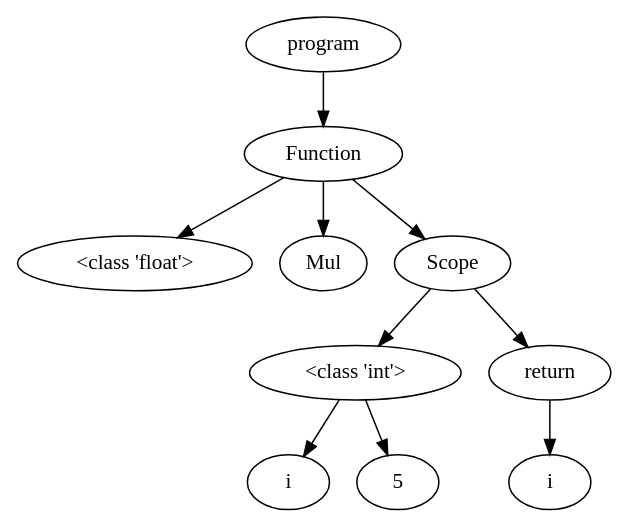
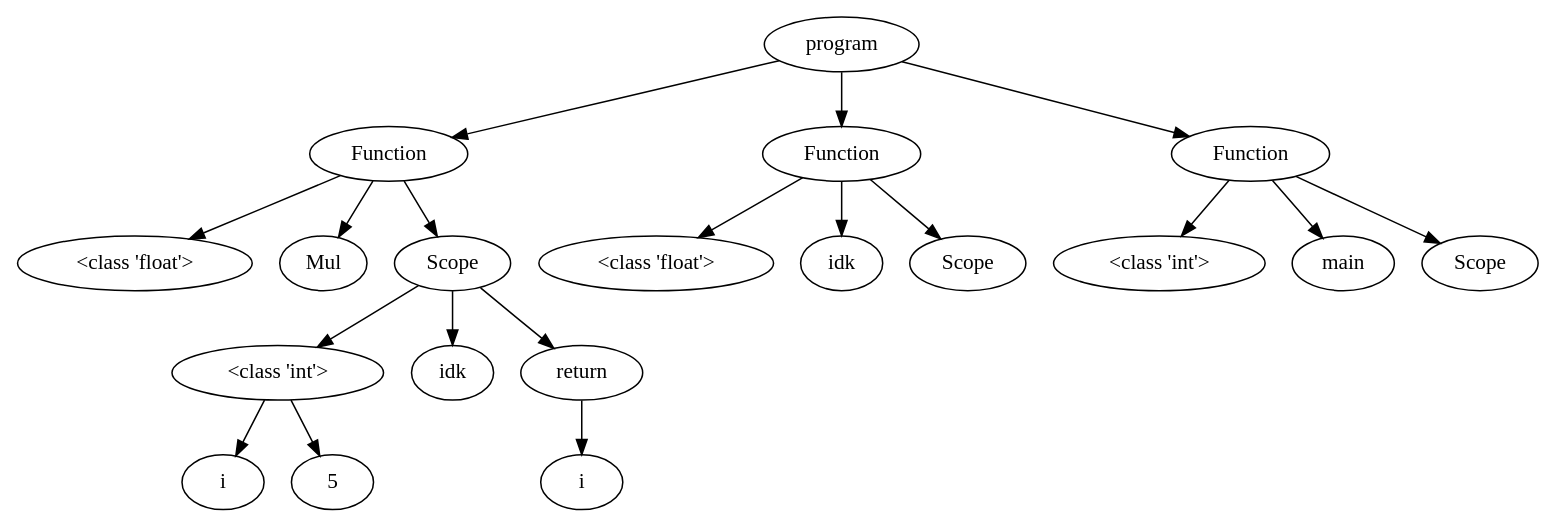
One commit to NielsVandenBroeck/COMP_Compiler changed the diagram in OutputFiles/dotVisualization.dot. Above: the diagram before and after it, drawn with Graphviz. The commit also changed 2 other files, not shown here.

Commit message:
redefinition of function + main function moet aanwezig zijn.

```diff
--- a/OutputFiles/dotVisualization.dot
+++ b/OutputFiles/dotVisualization.dot
@@ -1,25 +1,45 @@
 digraph G { 
-"<AST.AST object at 0x00000217DC99F850> (0)"[label="program"]
-"<AST.ASTFunction object at 0x00000217DC99F9D0> (1)"[label="Function"]
-"<AST.AST object at 0x00000217DC99F850> (0)"->"<AST.ASTFunction object at 0x00000217DC99F9D0> (1)"
-"<AST.ASTFunction object at 0x00000217DC99F9D0> (1)"[label="Function"]
-"<AST.ASTDataType object at 0x00000217DC99F7C0> (2)"[label="<class 'float'>"]
-"<AST.ASTFunction object at 0x00000217DC99F9D0> (1)"->"<AST.ASTDataType object at 0x00000217DC99F7C0> (2)"
-"<AST.ASTFunctionName object at 0x00000217DC99F2E0> (2)"[label="Mul"]
-"<AST.ASTFunction object at 0x00000217DC99F9D0> (1)"->"<AST.ASTFunctionName object at 0x00000217DC99F2E0> (2)"
-"<AST.ASTScope object at 0x00000217DC99F130> (2)"[label="Scope"]
-"<AST.ASTFunction object at 0x00000217DC99F9D0> (1)"->"<AST.ASTScope object at 0x00000217DC99F130> (2)"
-"<AST.ASTScope object at 0x00000217DC99F130> (2)"[label="Scope"]
-"<AST.ASTDataType object at 0x00000217DC99FC10> (3)"[label="<class 'int'>"]
-"<AST.ASTScope object at 0x00000217DC99F130> (2)"->"<AST.ASTDataType object at 0x00000217DC99FC10> (3)"
-"<AST.ASTDataType object at 0x00000217DC99FC10> (3)"[label="<class 'int'>"]
-"<AST.ASTVariable object at 0x00000217DC99F400> (4)"[label="i"]
-"<AST.ASTDataType object at 0x00000217DC99FC10> (3)"->"<AST.ASTVariable object at 0x00000217DC99F400> (4)"
-"<AST.AST object at 0x00000217DC99F250> (4)"[label="5"]
-"<AST.ASTDataType object at 0x00000217DC99FC10> (3)"->"<AST.AST object at 0x00000217DC99F250> (4)"
-"<AST.ASTReturn object at 0x00000217DC99F640> (3)"[label="return"]
-"<AST.ASTScope object at 0x00000217DC99F130> (2)"->"<AST.ASTReturn object at 0x00000217DC99F640> (3)"
-"<AST.ASTReturn object at 0x00000217DC99F640> (3)"[label="return"]
-"<AST.ASTVariable object at 0x00000217DC99F670> (4)"[label="i"]
-"<AST.ASTReturn object at 0x00000217DC99F640> (3)"->"<AST.ASTVariable object at 0x00000217DC99F670> (4)"
+"<AST.AST object at 0x000001BD771F56A0> (0)"[label="program"]
+"<AST.ASTFunction object at 0x000001BD771F5430> (1)"[label="Function"]
+"<AST.AST object at 0x000001BD771F56A0> (0)"->"<AST.ASTFunction object at 0x000001BD771F5430> (1)"
+"<AST.ASTFunction object at 0x000001BD771F5430> (1)"[label="Function"]
+"<AST.ASTDataType object at 0x000001BD771F5A90> (2)"[label="<class 'float'>"]
+"<AST.ASTFunction object at 0x000001BD771F5430> (1)"->"<AST.ASTDataType object at 0x000001BD771F5A90> (2)"
+"<AST.ASTFunctionName object at 0x000001BD771F54F0> (2)"[label="Mul"]
+"<AST.ASTFunction object at 0x000001BD771F5430> (1)"->"<AST.ASTFunctionName object at 0x000001BD771F54F0> (2)"
+"<AST.ASTScope object at 0x000001BD771F54C0> (2)"[label="Scope"]
+"<AST.ASTFunction object at 0x000001BD771F5430> (1)"->"<AST.ASTScope object at 0x000001BD771F54C0> (2)"
+"<AST.ASTScope object at 0x000001BD771F54C0> (2)"[label="Scope"]
+"<AST.ASTDataType object at 0x000001BD771F5760> (3)"[label="<class 'int'>"]
+"<AST.ASTScope object at 0x000001BD771F54C0> (2)"->"<AST.ASTDataType object at 0x000001BD771F5760> (3)"
+"<AST.ASTDataType object at 0x000001BD771F5760> (3)"[label="<class 'int'>"]
+"<AST.ASTVariable object at 0x000001BD771F59A0> (4)"[label="i"]
+"<AST.ASTDataType object at 0x000001BD771F5760> (3)"->"<AST.ASTVariable object at 0x000001BD771F59A0> (4)"
+"<AST.AST object at 0x000001BD771F5520> (4)"[label="5"]
+"<AST.ASTDataType object at 0x000001BD771F5760> (3)"->"<AST.AST object at 0x000001BD771F5520> (4)"
+"<AST.ASTFunctionName object at 0x000001BD771F5340> (3)"[label="idk"]
+"<AST.ASTScope object at 0x000001BD771F54C0> (2)"->"<AST.ASTFunctionName object at 0x000001BD771F5340> (3)"
+"<AST.ASTReturn object at 0x000001BD771F5460> (3)"[label="return"]
+"<AST.ASTScope object at 0x000001BD771F54C0> (2)"->"<AST.ASTReturn object at 0x000001BD771F5460> (3)"
+"<AST.ASTReturn object at 0x000001BD771F5460> (3)"[label="return"]
+"<AST.ASTVariable object at 0x000001BD771F5820> (4)"[label="i"]
+"<AST.ASTReturn object at 0x000001BD771F5460> (3)"->"<AST.ASTVariable object at 0x000001BD771F5820> (4)"
+"<AST.ASTFunction object at 0x000001BD771F5040> (1)"[label="Function"]
+"<AST.AST object at 0x000001BD771F56A0> (0)"->"<AST.ASTFunction object at 0x000001BD771F5040> (1)"
+"<AST.ASTFunction object at 0x000001BD771F5040> (1)"[label="Function"]
+"<AST.ASTDataType object at 0x000001BD771F50D0> (2)"[label="<class 'float'>"]
+"<AST.ASTFunction object at 0x000001BD771F5040> (1)"->"<AST.ASTDataType object at 0x000001BD771F50D0> (2)"
+"<AST.ASTFunctionName object at 0x000001BD771F53D0> (2)"[label="idk"]
+"<AST.ASTFunction object at 0x000001BD771F5040> (1)"->"<AST.ASTFunctionName object at 0x000001BD771F53D0> (2)"
+"<AST.ASTScope object at 0x000001BD771F59D0> (2)"[label="Scope"]
+"<AST.ASTFunction object at 0x000001BD771F5040> (1)"->"<AST.ASTScope object at 0x000001BD771F59D0> (2)"
+"<AST.ASTFunction object at 0x000001BD771F5A30> (1)"[label="Function"]
+"<AST.AST object at 0x000001BD771F56A0> (0)"->"<AST.ASTFunction object at 0x000001BD771F5A30> (1)"
+"<AST.ASTFunction object at 0x000001BD771F5A30> (1)"[label="Function"]
+"<AST.ASTDataType object at 0x000001BD771F5550> (2)"[label="<class 'int'>"]
+"<AST.ASTFunction object at 0x000001BD771F5A30> (1)"->"<AST.ASTDataType object at 0x000001BD771F5550> (2)"
+"<AST.ASTFunctionName object at 0x000001BD771F57F0> (2)"[label="main"]
+"<AST.ASTFunction object at 0x000001BD771F5A30> (1)"->"<AST.ASTFunctionName object at 0x000001BD771F57F0> (2)"
+"<AST.ASTScope object at 0x000001BD771F5CA0> (2)"[label="Scope"]
+"<AST.ASTFunction object at 0x000001BD771F5A30> (1)"->"<AST.ASTScope object at 0x000001BD771F5CA0> (2)"
 }
```
